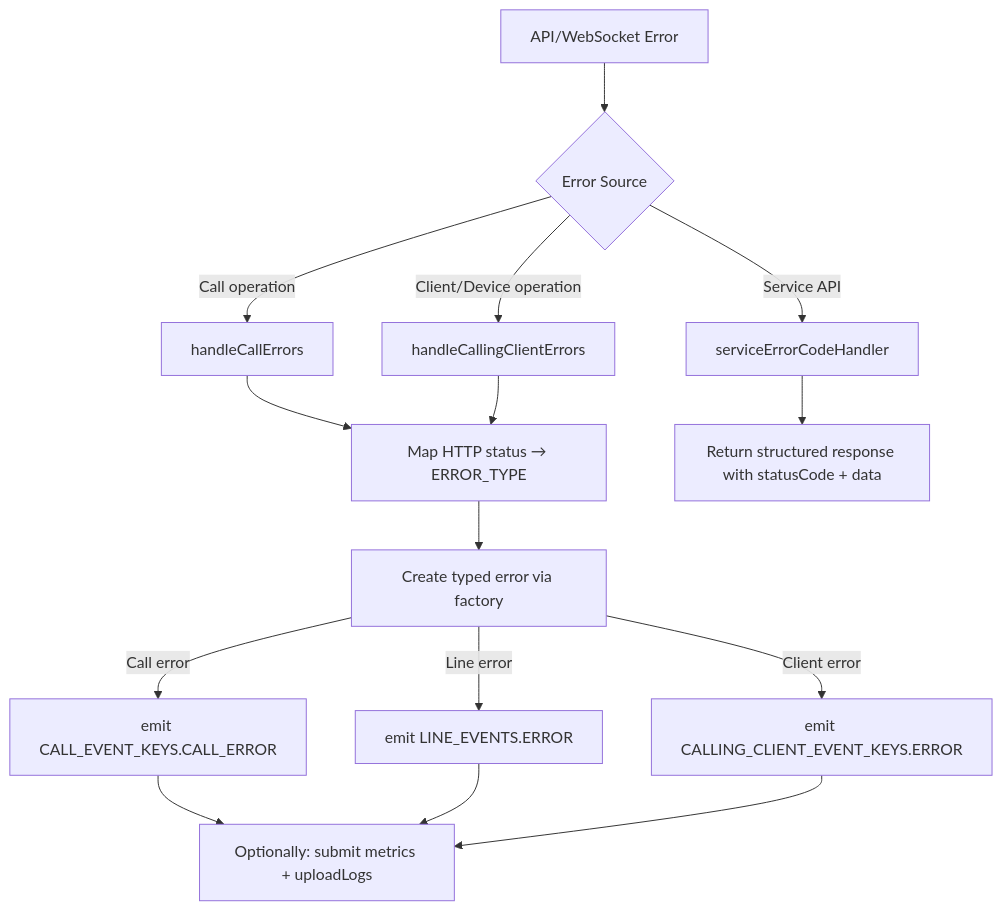
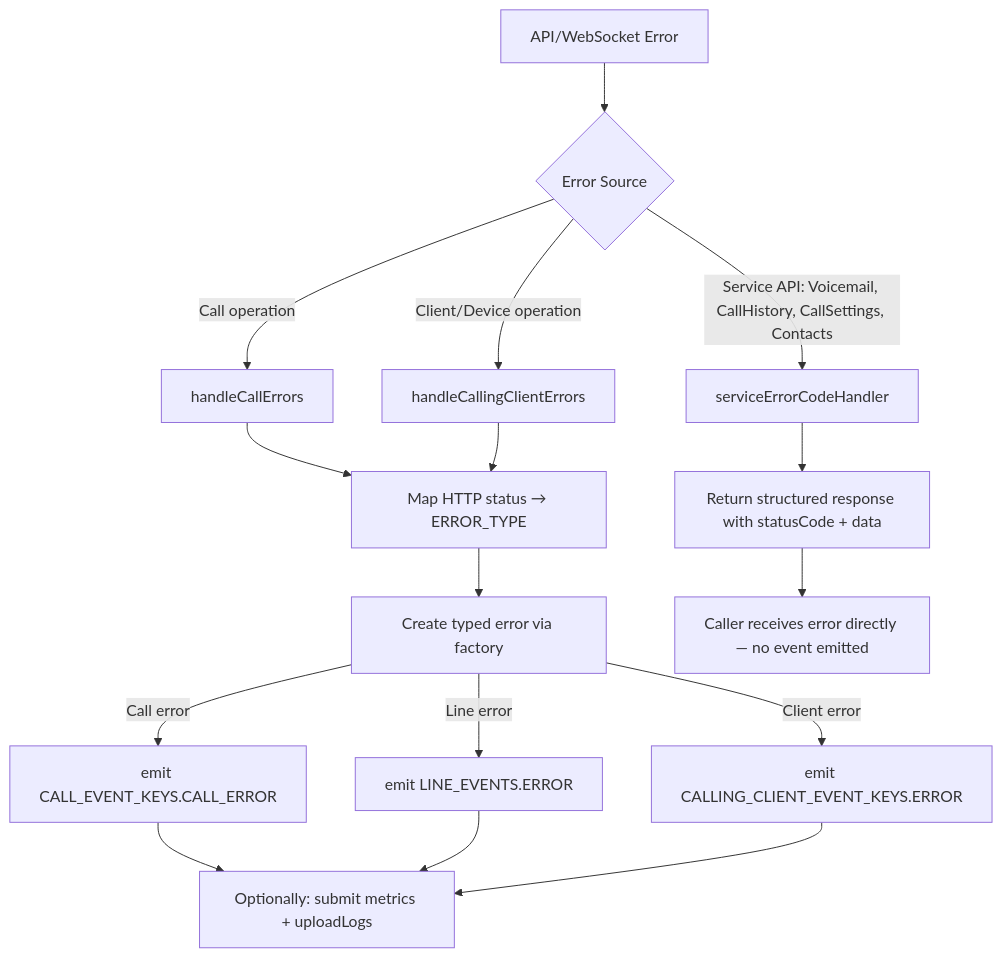
Before and after one commit to webex/webex-js-sdk: the diagram in packages/calling/ai-docs/patterns/error-handling-patterns.md, drawn with Mermaid. The commit also changed other lines of this file and 2 other files, not shown here.

Commit message:
docs(calling): address review comments regarding doc improvements and diagrams

````diff
--- a/packages/calling/ai-docs/patterns/error-handling-patterns.md
+++ b/packages/calling/ai-docs/patterns/error-handling-patterns.md
@@ -25,21 +25,22 @@
 ```mermaid
 flowchart TD
     A[API/WebSocket Error] --> B{Error Source}
     B -->|Call operation| C[handleCallErrors]
     B -->|Client/Device operation| D[handleCallingClientErrors]
-    B -->|Service API| E[serviceErrorCodeHandler]
+    B -->|Service API: Voicemail, CallHistory, CallSettings, Contacts| E[serviceErrorCodeHandler]
 
     C --> F[Map HTTP status → ERROR_TYPE]
     D --> F
     F --> G[Create typed error via factory]
 
     G -->|Call error| H[emit CALL_EVENT_KEYS.CALL_ERROR]
     G -->|Line error| I[emit LINE_EVENTS.ERROR]
     G -->|Client error| J[emit CALLING_CLIENT_EVENT_KEYS.ERROR]
 
     E --> K[Return structured response with statusCode + data]
+    K --> M[Caller receives error directly — no event emitted]
 
     H --> L[Optionally: submit metrics + uploadLogs]
     I --> L
     J --> L
 ```
````
